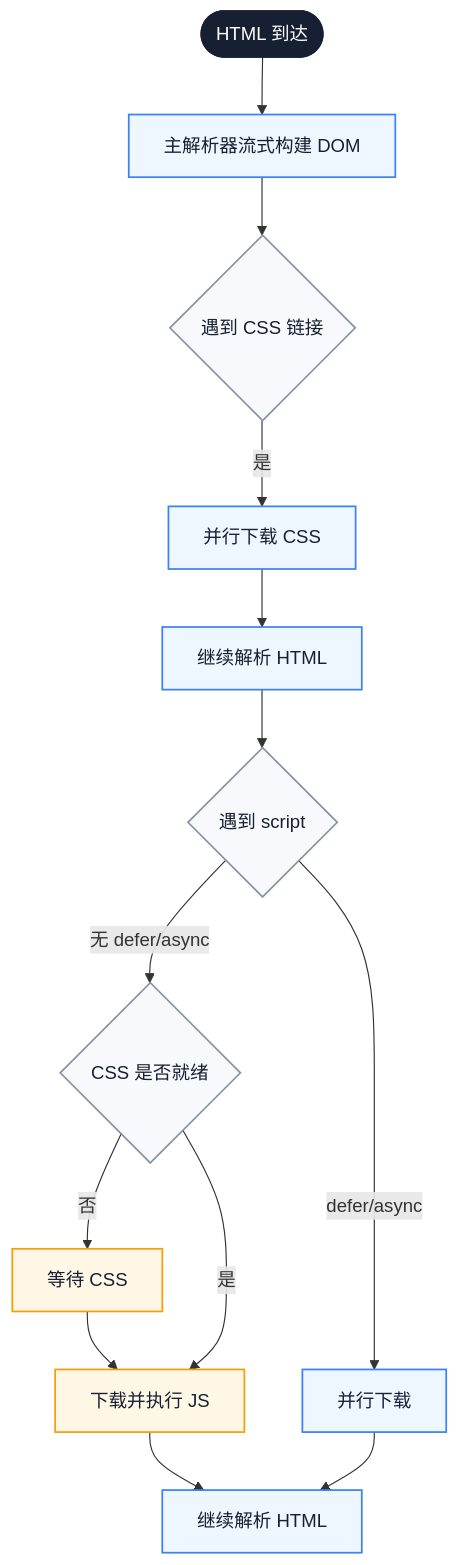
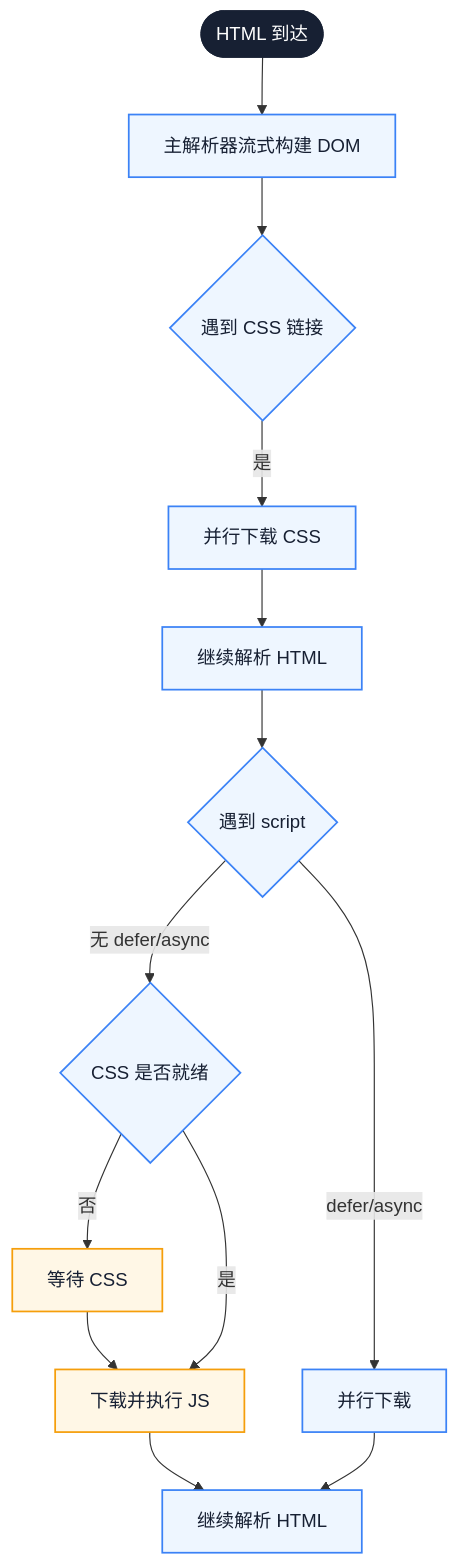
The second of 3 diagrams in docs/browser/rendering-pipeline.md (Fatejian/frontier-vault), drawn with Mermaid before and after one commit. The commit also changed other lines of this file and 41 other files, not shown here.

````diff
--- a/docs/browser/rendering-pipeline.md
+++ b/docs/browser/rendering-pipeline.md
@@ -191,26 +181,23 @@
 ```mermaid
-%%{init: {'theme': 'base', 'themeVariables': { 'fontFamily': 'Inter, PingFang SC, Microsoft YaHei, sans-serif', 'primaryColor': '#EEF6FF', 'primaryTextColor': '#172033', 'primaryBorderColor': '#6EA8FE', 'lineColor': '#8A94A6, 'fontSize': '13px'}}}%%
 flowchart TB
     Start([HTML 到达]) --> Parse[主解析器流式构建 DOM]
     Parse --> MeetCSS{遇到 CSS 链接}
     MeetCSS -->|是| LoadCSS[并行下载 CSS]
     LoadCSS --> Continue1[继续解析 HTML]
     Continue1 --> MeetScript{遇到 script}
     MeetScript -->|无 defer/async| WaitCSS{CSS 是否就绪}
     WaitCSS -->|否| Wait[等待 CSS]
     Wait --> WaitJS[下载并执行 JS]
     WaitCSS -->|是| WaitJS
     WaitJS --> Continue2[继续解析 HTML]
     MeetScript -->|defer/async| Parallel[并行下载]
     Parallel --> Continue2
 
-    classDef start fill:#172033,color:#fff,stroke:#172033,stroke-width:2px;
-    classDef normal fill:#EEF6FF,stroke:#3B82F6,color:#172033,stroke-width:1.5px;
+    classDef core fill:#172033,color:#fff,stroke:#172033,stroke-width:2px;
+    classDef wait fill:#EEF6FF,stroke:#3B82F6,color:#172033,stroke-width:1.5px;
     classDef block fill:#FFF7E6,stroke:#F59E0B,color:#172033,stroke-width:1.5px;
-    classDef decision fill:#F7F9FC,stroke:#8A94A6,color:#172033,stroke-width:1.5px;
 
-    class Start start;
-    class Parse,LoadCSS,Continue1,Parallel,Continue2 normal;
+    class Start core;
+    class Parse,LoadCSS,Continue1,Parallel,Continue2,MeetCSS,MeetScript,WaitCSS wait;
     class Wait,WaitJS block;
-    class MeetCSS,MeetScript,WaitCSS decision;
 ```
````
